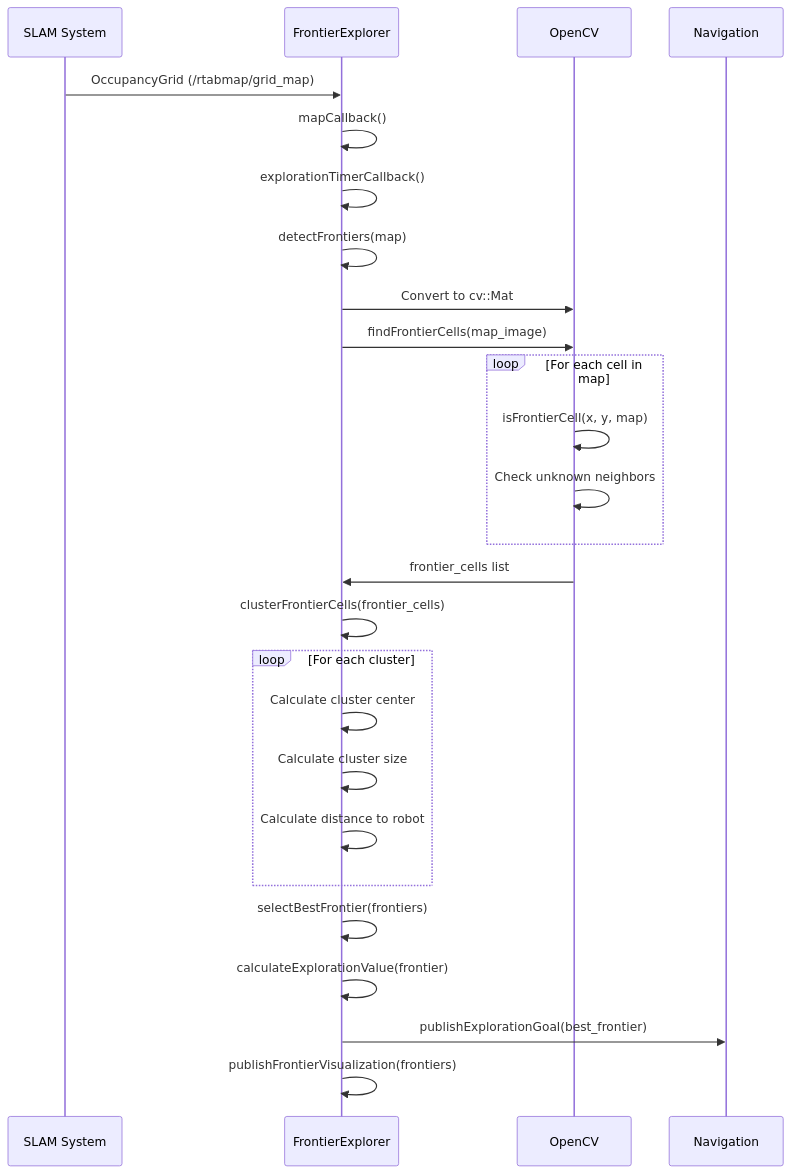
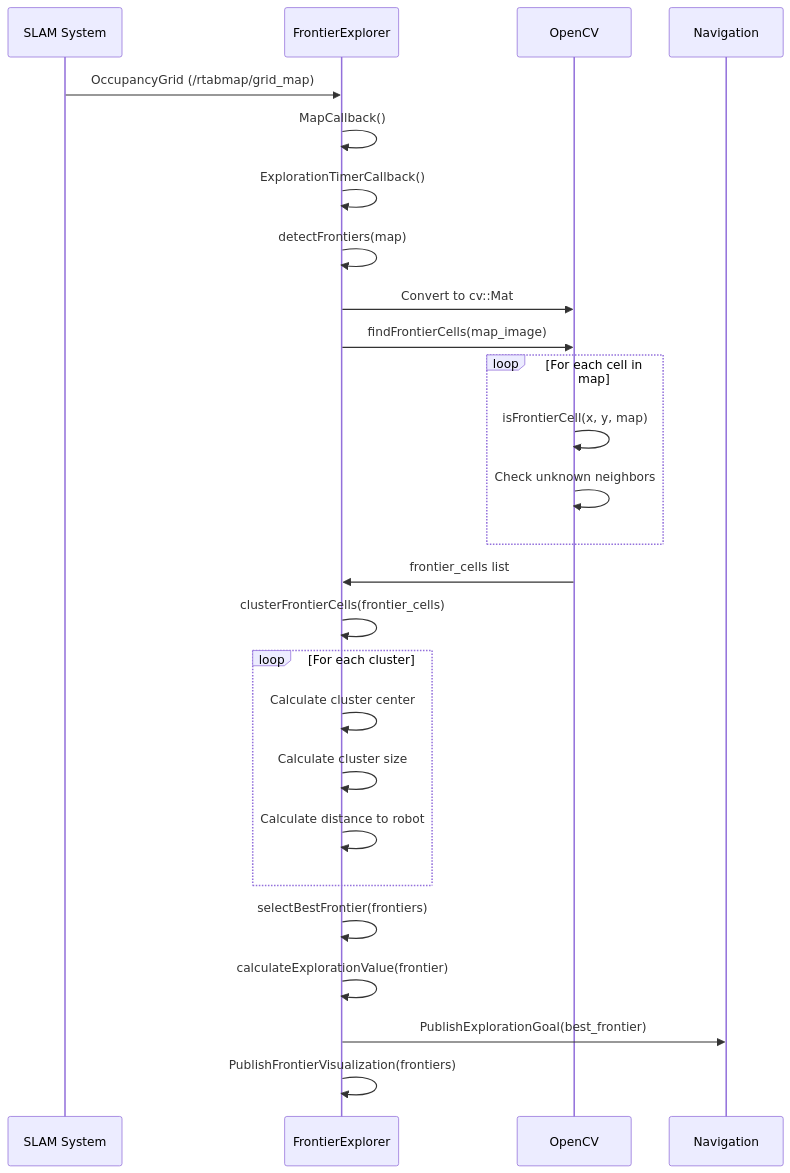
Before and after one commit to alph853/BKI-FlyScan-Sim: the first of 3 diagrams in src/flyscan_exploration/README.md, drawn with Mermaid. The commit also changed other lines of this file and 56 other files, not shown here.

````diff
--- a/src/flyscan_exploration/README.md
+++ b/src/flyscan_exploration/README.md
@@ -58,34 +147,34 @@
 ```mermaid
 sequenceDiagram
     participant SLAM as SLAM System
     participant FE as FrontierExplorer
     participant CV as OpenCV
     participant Nav as Navigation
 
     SLAM->>FE: OccupancyGrid (/rtabmap/grid_map)
-    FE->>FE: mapCallback()
-    FE->>FE: explorationTimerCallback()
+    FE->>FE: MapCallback()
+    FE->>FE: ExplorationTimerCallback()
     
     FE->>FE: detectFrontiers(map)
     FE->>CV: Convert to cv::Mat
     FE->>CV: findFrontierCells(map_image)
     
     loop For each cell in map
         CV->>CV: isFrontierCell(x, y, map)
         CV->>CV: Check unknown neighbors
     end
     
     CV->>FE: frontier_cells list
     FE->>FE: clusterFrontierCells(frontier_cells)
     
     loop For each cluster
         FE->>FE: Calculate cluster center
         FE->>FE: Calculate cluster size
         FE->>FE: Calculate distance to robot
     end
     
     FE->>FE: selectBestFrontier(frontiers)
     FE->>FE: calculateExplorationValue(frontier)
-    FE->>Nav: publishExplorationGoal(best_frontier)
-    FE->>FE: publishFrontierVisualization(frontiers)
+    FE->>Nav: PublishExplorationGoal(best_frontier)
+    FE->>FE: PublishFrontierVisualization(frontiers)
 ```
````
